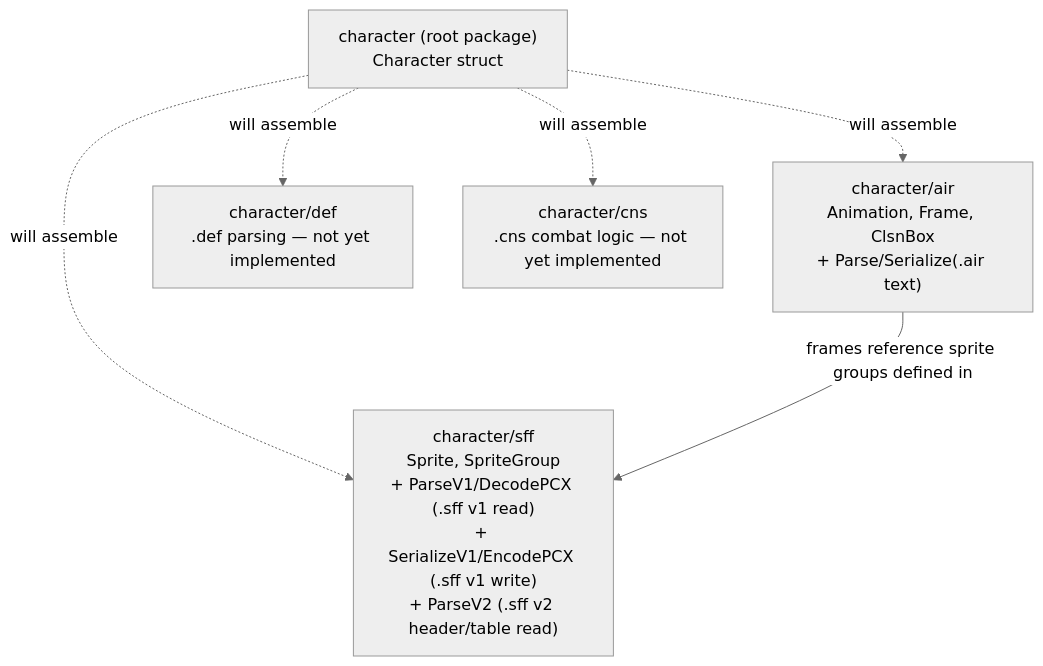
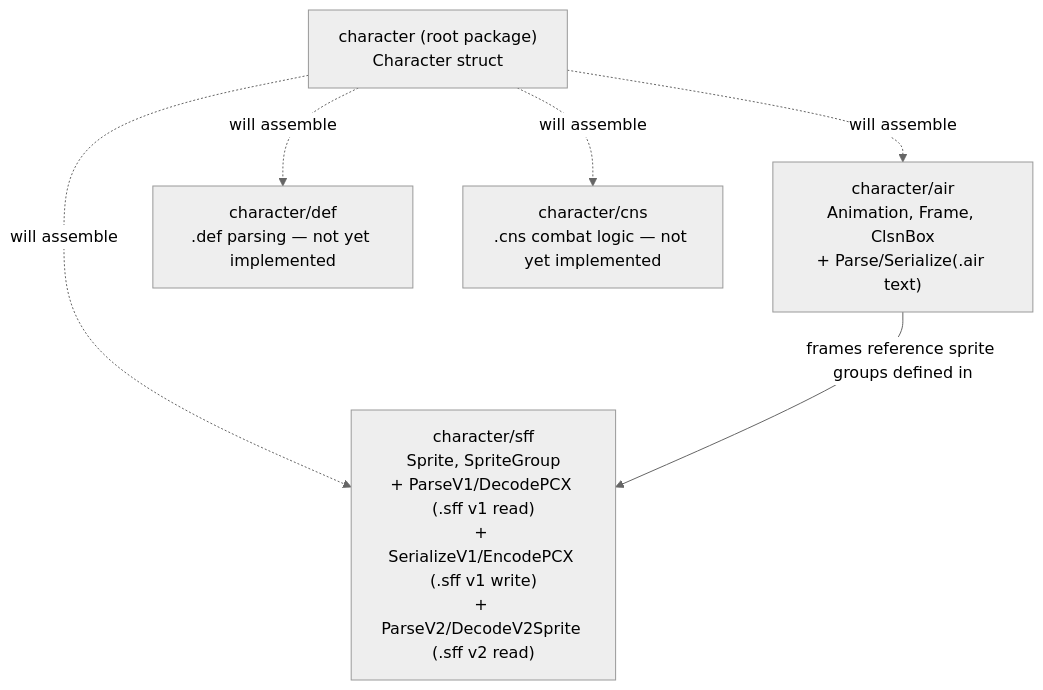
One commit to openkakutou/character changed the diagram in docs/architecture.md. Above: the diagram before and after it, drawn with Mermaid (neutral theme). The commit also changed other lines of this file and 11 other files, not shown here.

First line of the commit message:
feat: decode .sff v2 sprite image data into a plain pixel buffer

````diff
--- a/docs/architecture.md
+++ b/docs/architecture.md
@@ -11,14 +11,14 @@
 ```mermaid
 graph TD
     root["character (root package)<br/>Character struct"]
     air["character/air<br/>Animation, Frame, ClsnBox<br/>+ Parse/Serialize(.air text)"]
     def["character/def<br/>.def parsing — not yet implemented"]
-    sff["character/sff<br/>Sprite, SpriteGroup<br/>+ ParseV1/DecodePCX (.sff v1 read)<br/>+ SerializeV1/EncodePCX (.sff v1 write)<br/>+ ParseV2 (.sff v2 header/table read)"]
+    sff["character/sff<br/>Sprite, SpriteGroup<br/>+ ParseV1/DecodePCX (.sff v1 read)<br/>+ SerializeV1/EncodePCX (.sff v1 write)<br/>+ ParseV2/DecodeV2Sprite (.sff v2 read)"]
     cns["character/cns<br/>.cns combat logic — not yet implemented"]
 
     root -.->|will assemble| air
     root -.->|will assemble| def
     root -.->|will assemble| sff
     root -.->|will assemble| cns
     air -->|frames reference sprite groups defined in| sff
 ```
````
